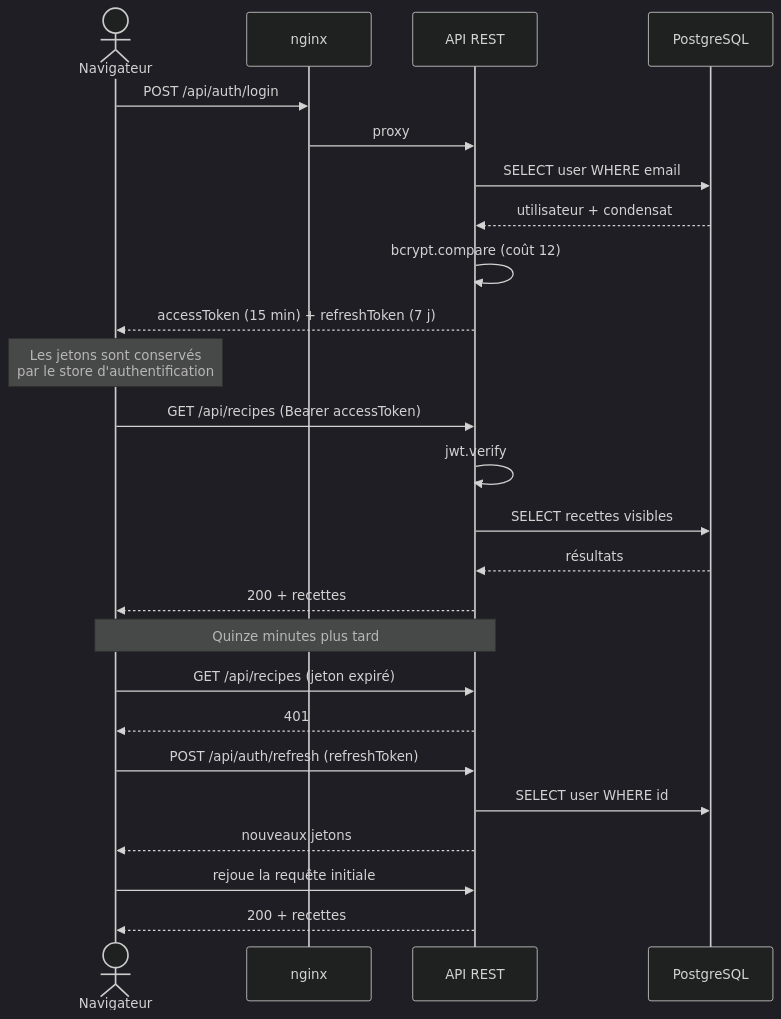
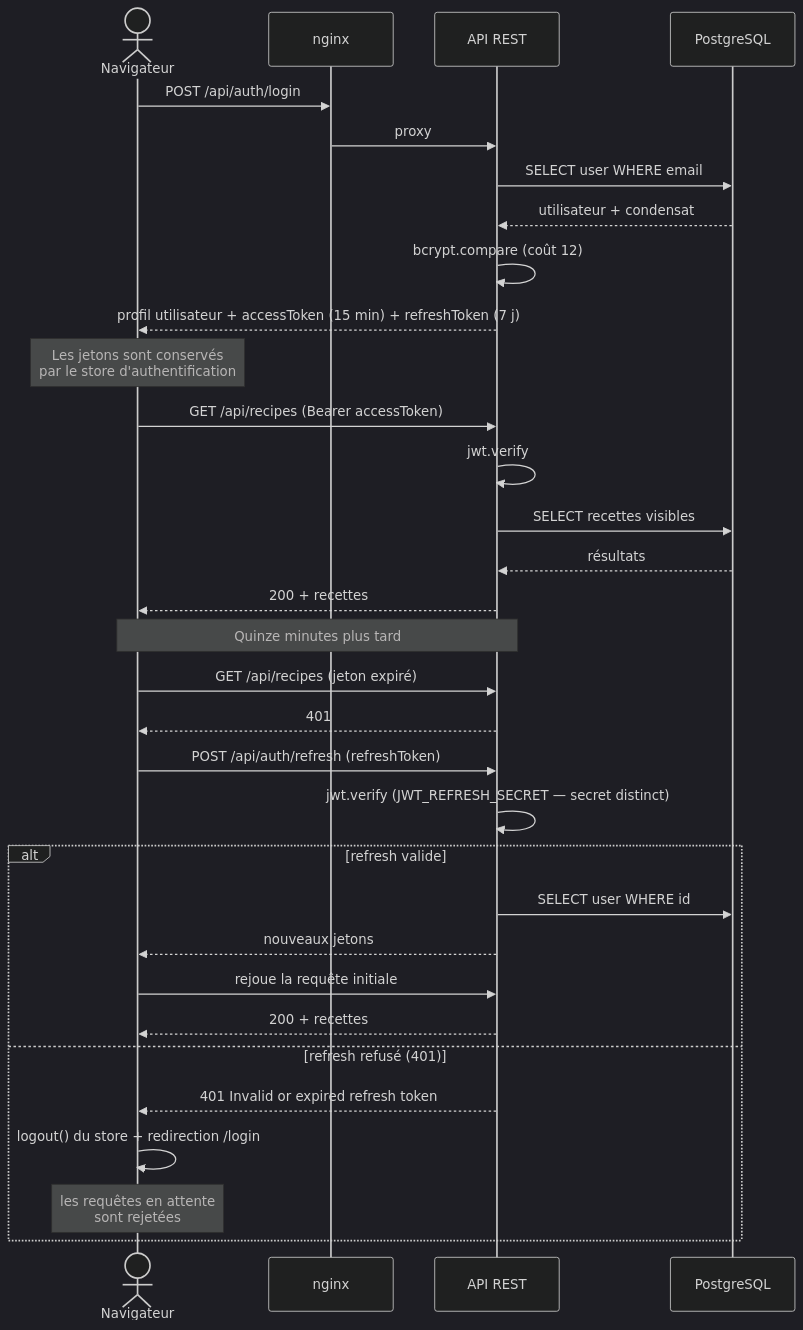
The third of 10 diagrams in docs/documentation-technique.md (assurleaddev/supmeal), drawn with Mermaid (dark theme) before and after one commit. The commit also changed other lines of this file and 3 other files, not shown here.

First line of the commit message:
docs(uml): align every diagram with the code and add the missing models

````diff
--- a/docs/documentation-technique.md
+++ b/docs/documentation-technique.md
@@ -574,32 +626,40 @@
 ```mermaid
 sequenceDiagram
     actor U as Navigateur
     participant N as nginx
     participant A as API REST
     participant D as PostgreSQL
 
     U->>N: POST /api/auth/login
     N->>A: proxy
     A->>D: SELECT user WHERE email
     D-->>A: utilisateur + condensat
     A->>A: bcrypt.compare (coût 12)
-    A-->>U: accessToken (15 min) + refreshToken (7 j)
+    A-->>U: profil utilisateur + accessToken (15 min) + refreshToken (7 j)
 
     Note over U: Les jetons sont conservés<br/>par le store d'authentification
 
     U->>A: GET /api/recipes (Bearer accessToken)
     A->>A: jwt.verify
     A->>D: SELECT recettes visibles
     D-->>A: résultats
     A-->>U: 200 + recettes
 
     Note over U,A: Quinze minutes plus tard
 
     U->>A: GET /api/recipes (jeton expiré)
     A-->>U: 401
     U->>A: POST /api/auth/refresh (refreshToken)
-    A->>D: SELECT user WHERE id
-    A-->>U: nouveaux jetons
-    U->>A: rejoue la requête initiale
-    A-->>U: 200 + recettes
+    A->>A: jwt.verify (JWT_REFRESH_SECRET — secret distinct)
+
+    alt refresh valide
+        A->>D: SELECT user WHERE id
+        A-->>U: nouveaux jetons
+        U->>A: rejoue la requête initiale
+        A-->>U: 200 + recettes
+    else refresh refusé (401)
+        A-->>U: 401 Invalid or expired refresh token
+        U->>U: logout() du store + redirection /login
+        Note over U: les requêtes en attente<br/>sont rejetées
+    end
 ```
````
